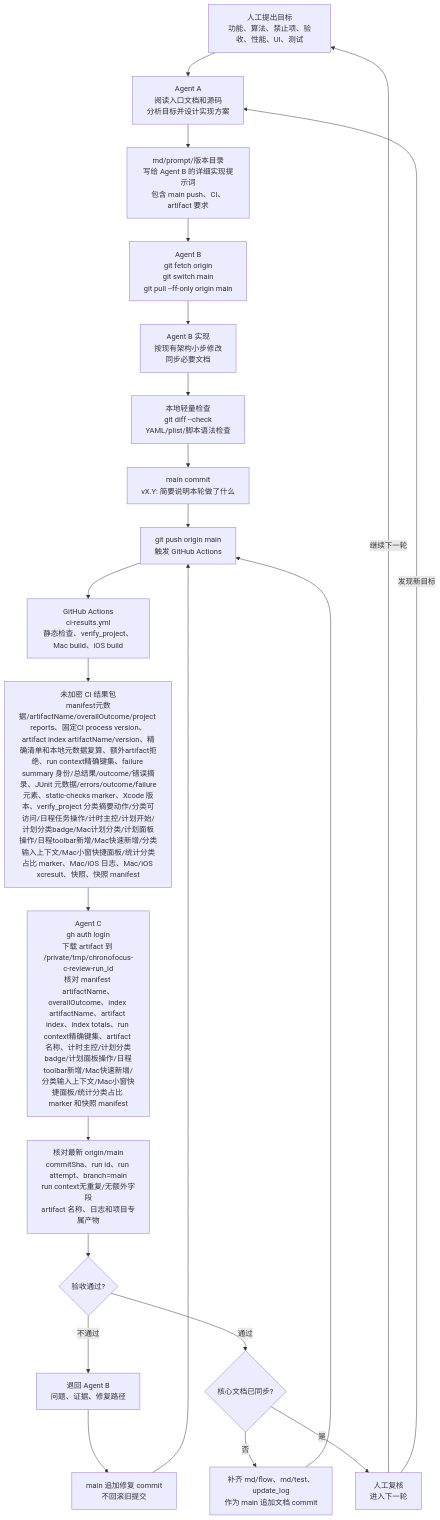
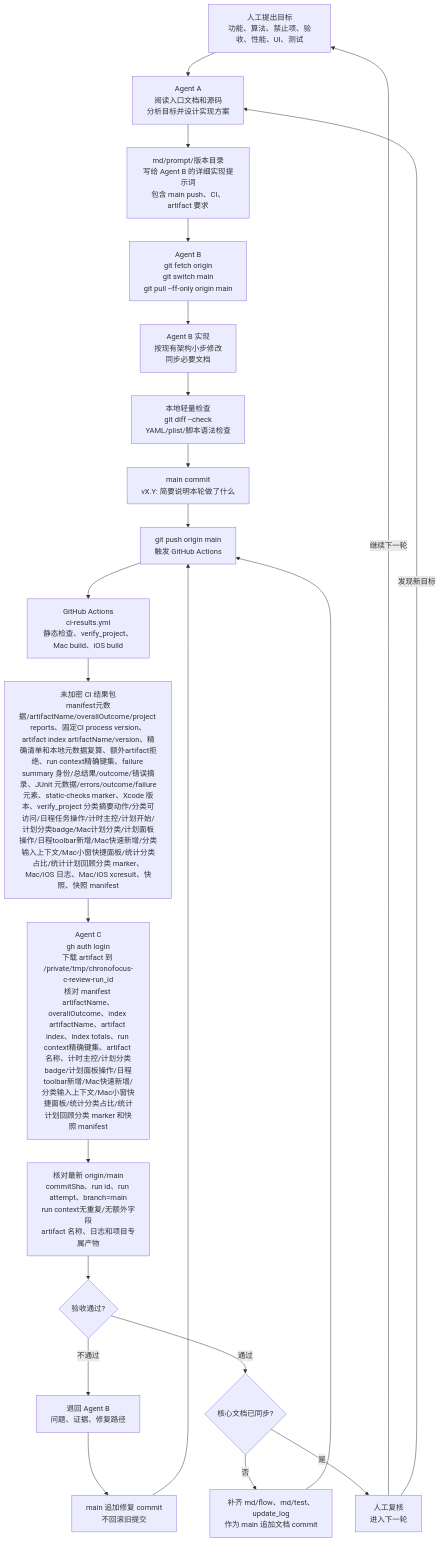
The fifth of 6 diagrams in md/flow/flowchart.md (Altman-sam114/114), drawn with Mermaid before and after one commit. The commit also changed other lines of this file and 8 other files, not shown here.

````diff
--- a/md/flow/flowchart.md
+++ b/md/flow/flowchart.md
@@ -102,24 +102,24 @@
 ```mermaid
 flowchart TD
   H["人工提出目标<br/>功能、算法、禁止项、验收、性能、UI、测试"] --> A["Agent A<br/>阅读入口文档和源码<br/>分析目标并设计实现方案"]
   A --> P["md/prompt/版本目录<br/>写给 Agent B 的详细实现提示词<br/>包含 main push、CI、artifact 要求"]
   P --> B0["Agent B<br/>git fetch origin<br/>git switch main<br/>git pull --ff-only origin main"]
   B0 --> B1["Agent B 实现<br/>按现有架构小步修改<br/>同步必要文档"]
   B1 --> L["本地轻量检查<br/>git diff --check<br/>YAML/plist/脚本语法检查"]
   L --> G["main commit<br/>vX.Y: 简要说明本轮做了什么"]
   G --> PUSH["git push origin main<br/>触发 GitHub Actions"]
   PUSH --> CI["GitHub Actions<br/>ci-results.yml<br/>静态检查、verify_project、Mac build、iOS build"]
-  CI --> ART["未加密 CI 结果包<br/>manifest元数据/artifactName/overallOutcome/project reports、固定CI process version、artifact index artifactName/version、精确清单和本地元数据复算、额外artifact拒绝、run context精确键集、failure summary 身份/总结果/outcome/错误摘录、JUnit 元数据/errors/outcome/failure元素、static-checks marker、Xcode 版本、verify_project 分类摘要动作/分类可访问/日程任务操作/计时主控/计划开始/计划分类badge/Mac计划分类/计划面板操作/日程toolbar新增/Mac快速新增/分类输入上下文/Mac小窗快捷面板/统计分类占比 marker、Mac/iOS 日志、Mac/iOS xcresult、快照、快照 manifest"]
-  ART --> C["Agent C<br/>gh auth login<br/>下载 artifact 到 /private/tmp/chronofocus-c-review-run_id<br/>核对 manifest artifactName、overallOutcome、index artifactName、artifact index、index totals、run context精确键集、artifact 名称、计时主控/计划分类badge/计划面板操作/日程toolbar新增/Mac快速新增/分类输入上下文/Mac小窗快捷面板/统计分类占比 marker 和快照 manifest"]
+  CI --> ART["未加密 CI 结果包<br/>manifest元数据/artifactName/overallOutcome/project reports、固定CI process version、artifact index artifactName/version、精确清单和本地元数据复算、额外artifact拒绝、run context精确键集、failure summary 身份/总结果/outcome/错误摘录、JUnit 元数据/errors/outcome/failure元素、static-checks marker、Xcode 版本、verify_project 分类摘要动作/分类可访问/日程任务操作/计时主控/计划开始/计划分类badge/Mac计划分类/计划面板操作/日程toolbar新增/Mac快速新增/分类输入上下文/Mac小窗快捷面板/统计分类占比/统计计划回顾分类 marker、Mac/iOS 日志、Mac/iOS xcresult、快照、快照 manifest"]
+  ART --> C["Agent C<br/>gh auth login<br/>下载 artifact 到 /private/tmp/chronofocus-c-review-run_id<br/>核对 manifest artifactName、overallOutcome、index artifactName、artifact index、index totals、run context精确键集、artifact 名称、计时主控/计划分类badge/计划面板操作/日程toolbar新增/Mac快速新增/分类输入上下文/Mac小窗快捷面板/统计分类占比/统计计划回顾分类 marker 和快照 manifest"]
   C --> V["核对最新 origin/main<br/>commitSha、run id、run attempt、branch=main<br/>run context无重复/无额外字段<br/>artifact 名称、日志和项目专属产物"]
   V --> PASS{"验收通过?"}
   PASS -->|不通过| BACK["退回 Agent B<br/>问题、证据、修复路径"]
   BACK --> FIX["main 追加修复 commit<br/>不回滚旧提交"]
   FIX --> PUSH
   PASS -->|通过| DOC{"核心文档已同步?"}
   DOC -->|否| D["补齐 md/flow、md/test、update_log<br/>作为 main 追加文档 commit"]
   D --> PUSH
   DOC -->|是| J["人工复核<br/>进入下一轮"]
   J -->|继续下一轮| H
   J -->|发现新目标| A
 ```
````
